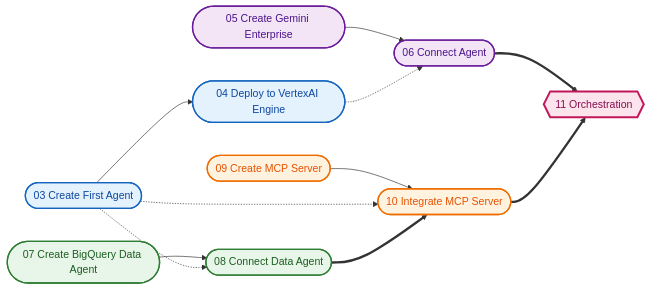
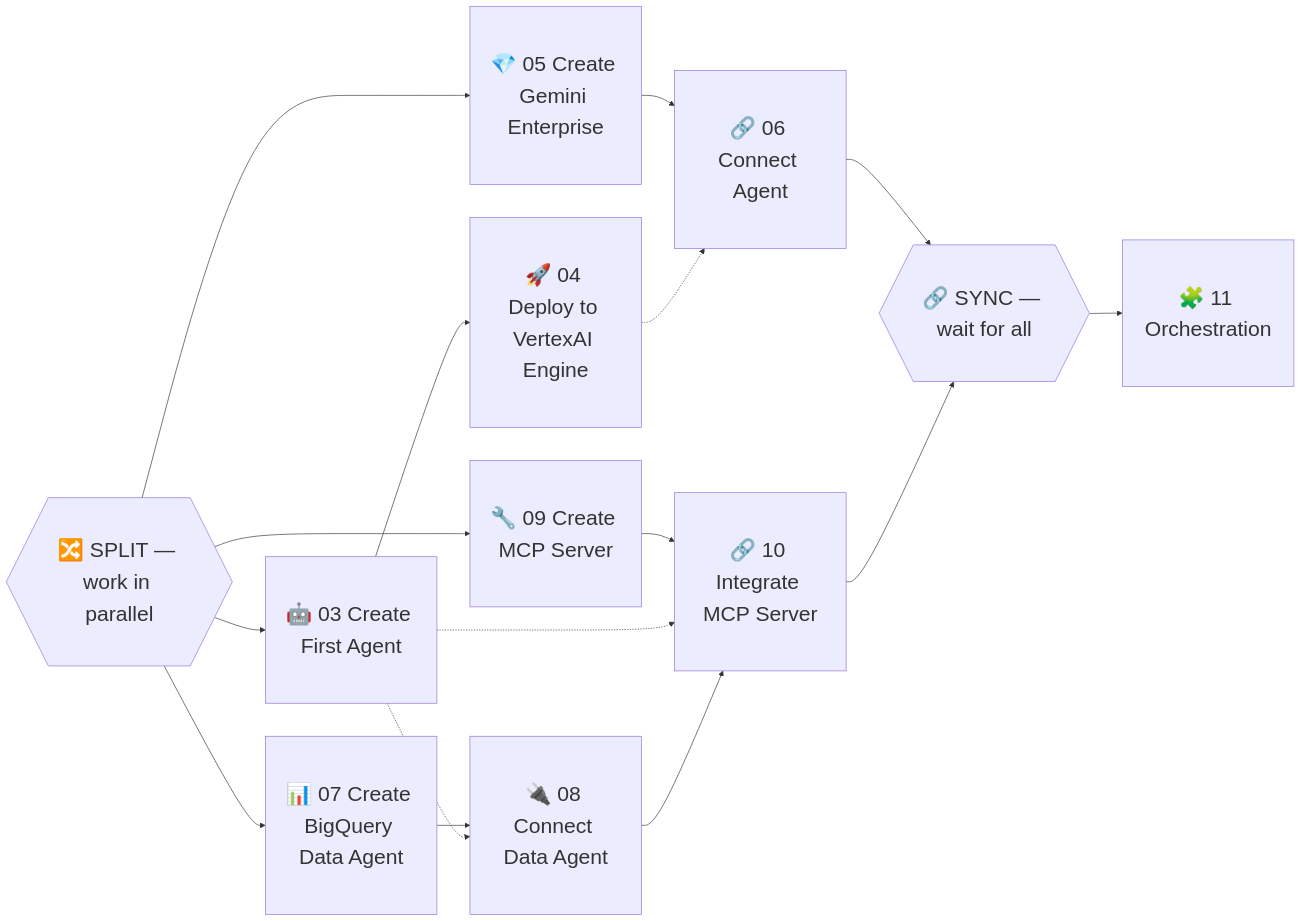
Before and after one commit to edemir/shimmering-cassini: the diagram in agent-lab/01-introduction.md, drawn with Mermaid. The commit also changed other lines of this file and 13 other files, not shown here.

````diff
--- a/agent-lab/01-introduction.md
+++ b/agent-lab/01-introduction.md
@@ -27,40 +7,28 @@
 ```mermaid
 flowchart LR
-    %% Define styles for different tracks
-    classDef main fill:#e3f2fd,stroke:#1565c0,stroke-width:2px,color:#0d47a1
-    classDef enterprise fill:#f3e5f5,stroke:#6a1b9a,stroke-width:2px,color:#4a148c
-    classDef data fill:#e8f5e9,stroke:#2e7d32,stroke-width:2px,color:#1b5e20
-    classDef mcp fill:#fff3e0,stroke:#ef6c00,stroke-width:2px,color:#e65100
-    classDef final fill:#fce4ec,stroke:#c2185b,stroke-width:3px,color:#880e4f
+    classDef default font-size:32px,padding:10px
 
-    %% Nodes with shapes
-    D([05 Create Gemini Enterprise]):::enterprise
-    E([06 Connect Agent]):::enterprise
+    SPLIT{{"🔀 SPLIT — work in parallel"}}
     
-    B([03 Create First Agent]):::main
-    C([04 Deploy to VertexAI Engine]):::main
+    SPLIT --> B["🤖 03 Create First Agent"]
+    B --> C["🚀 04 Deploy to VertexAI Engine"]
     
-    F([07 Create BigQuery Data Agent]):::data
-    G([08 Connect Data Agent]):::data
+    SPLIT --> D["💎 05 Create Gemini Enterprise"]
+    D --> E["🔗 06 Connect Agent"]
     
-    H([09 Create MCP Server]):::mcp
-    I([10 Integrate MCP Server]):::mcp
+    SPLIT --> F["📊 07 Create BigQuery Data Agent"]
+    F --> G["🔌 08 Connect Data Agent"]
     
-    J{{11 Orchestration}}:::final
-
-    %% Edges
-    D --> E
+    SPLIT --> H["🔧 09 Create MCP Server"]
+    H --> I["🔗 10 Integrate MCP Server"]
     
-    B --> C
     C -.-> E
-    
-    F --> G
     B -.-> G
-    
-    H --> I
     B -.-> I
     
-    E ==> J
-    G ==> I
-    I ==> J
+    E --> SYNC{{"🔗 SYNC — wait for all"}}
+    G --> I
+    I --> SYNC
+    
+    SYNC --> J["🧩 11 Orchestration"]
 ```
````
